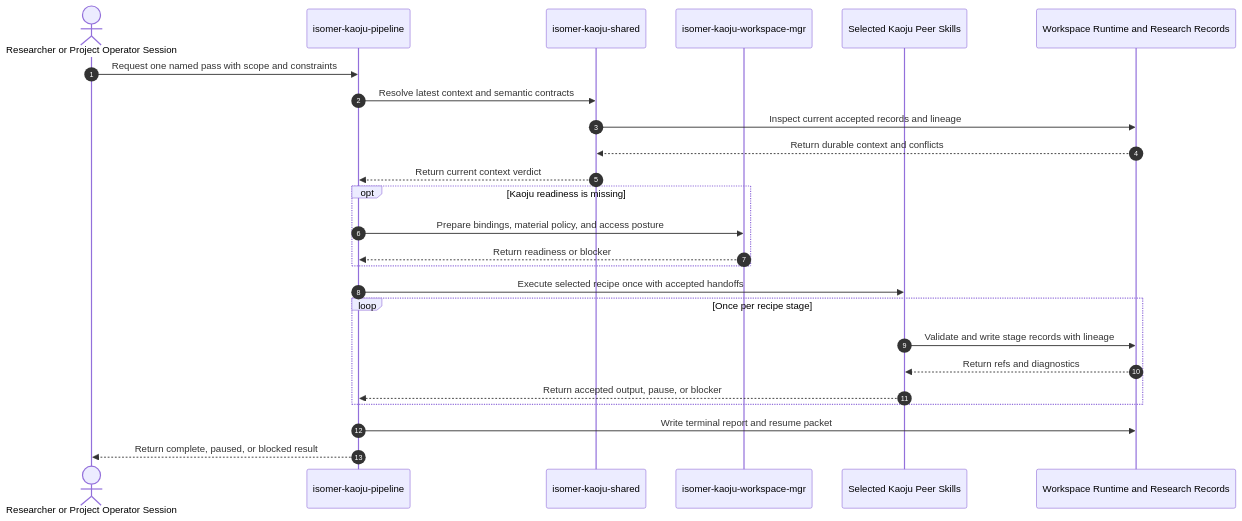
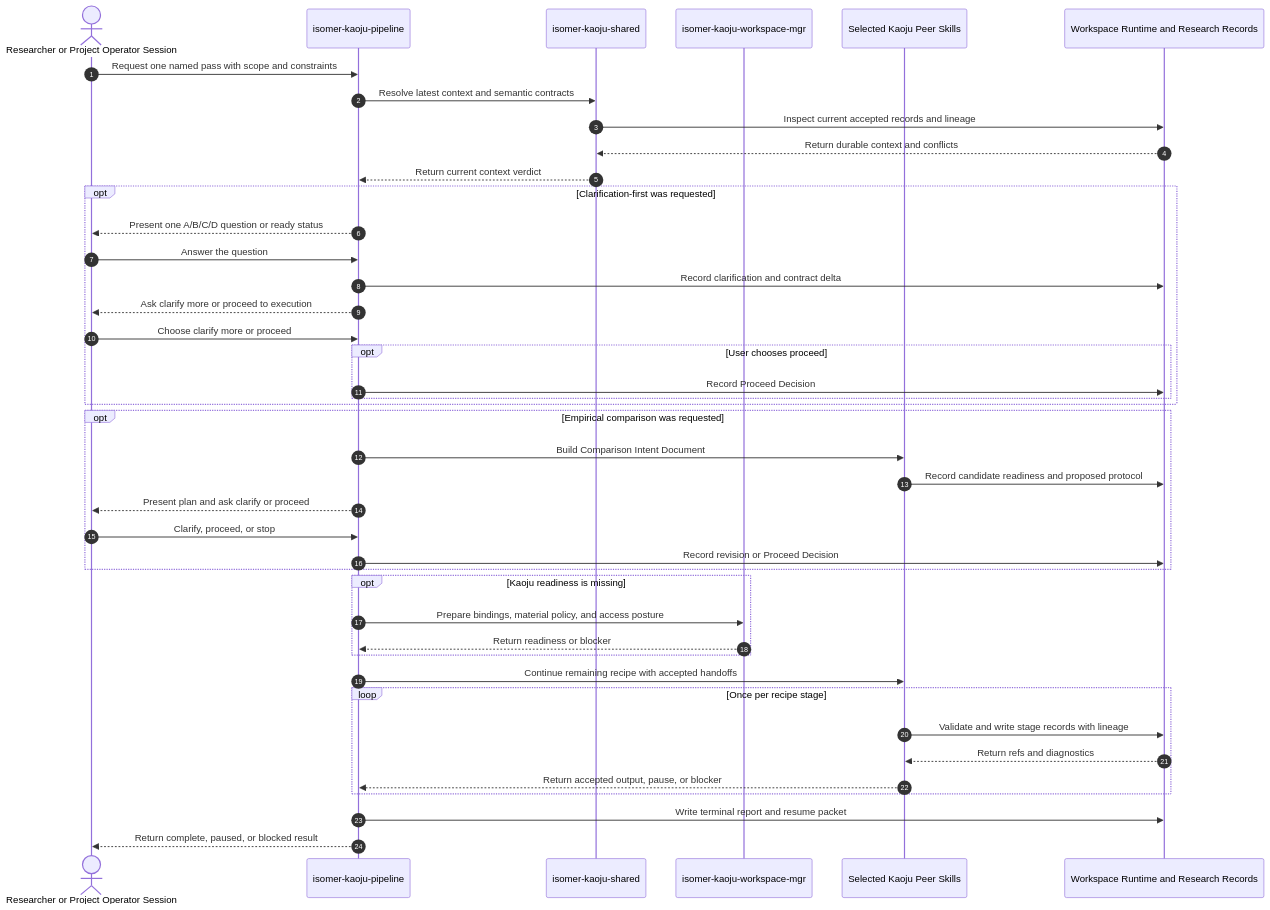
Before and after one commit to CodeGandee/isomer-labs: the first of 2 diagrams in context/features/2026-07-10-kaoju-research-extension/design/isomer-kaoju-pipeline/design-overview.md, drawn with Mermaid. The commit also changed other lines of this file and 27 other files, not shown here.

````diff
--- a/context/features/2026-07-10-kaoju-research-extension/design/isomer-kaoju-pipeline/design-overview.md
+++ b/context/features/2026-07-10-kaoju-research-extension/design/isomer-kaoju-pipeline/design-overview.md
@@ -118,28 +157,45 @@
 ```mermaid
 sequenceDiagram
   autonumber
   actor User as Researcher or Project Operator Session
   participant Pipeline as isomer-kaoju-pipeline
   participant Shared as isomer-kaoju-shared
   participant Workspace as isomer-kaoju-workspace-mgr
   participant Stages as Selected Kaoju Peer Skills
   participant Records as Workspace Runtime and Research Records
 
   User->>Pipeline: Request one named pass with scope and constraints
   Pipeline->>Shared: Resolve latest context and semantic contracts
   Shared->>Records: Inspect current accepted records and lineage
   Records-->>Shared: Return durable context and conflicts
   Shared-->>Pipeline: Return current context verdict
+  opt Clarification-first was requested
+    Pipeline-->>User: Present one A/B/C/D question or ready status
+    User->>Pipeline: Answer the question
+    Pipeline->>Records: Record clarification and contract delta
+    Pipeline-->>User: Ask clarify more or proceed to execution
+    User->>Pipeline: Choose clarify more or proceed
+    opt User chooses proceed
+      Pipeline->>Records: Record Proceed Decision
+    end
+  end
+  opt Empirical comparison was requested
+    Pipeline->>Stages: Build Comparison Intent Document
+    Stages->>Records: Record candidate readiness and proposed protocol
+    Pipeline-->>User: Present plan and ask clarify or proceed
+    User->>Pipeline: Clarify, proceed, or stop
+    Pipeline->>Records: Record revision or Proceed Decision
+  end
   opt Kaoju readiness is missing
     Pipeline->>Workspace: Prepare bindings, material policy, and access posture
     Workspace-->>Pipeline: Return readiness or blocker
   end
-  Pipeline->>Stages: Execute selected recipe once with accepted handoffs
+  Pipeline->>Stages: Continue remaining recipe with accepted handoffs
   loop Once per recipe stage
     Stages->>Records: Validate and write stage records with lineage
     Records-->>Stages: Return refs and diagnostics
     Stages-->>Pipeline: Return accepted output, pause, or blocker
   end
   Pipeline->>Records: Write terminal report and resume packet
   Pipeline-->>User: Return complete, paused, or blocked result
 ```
````
